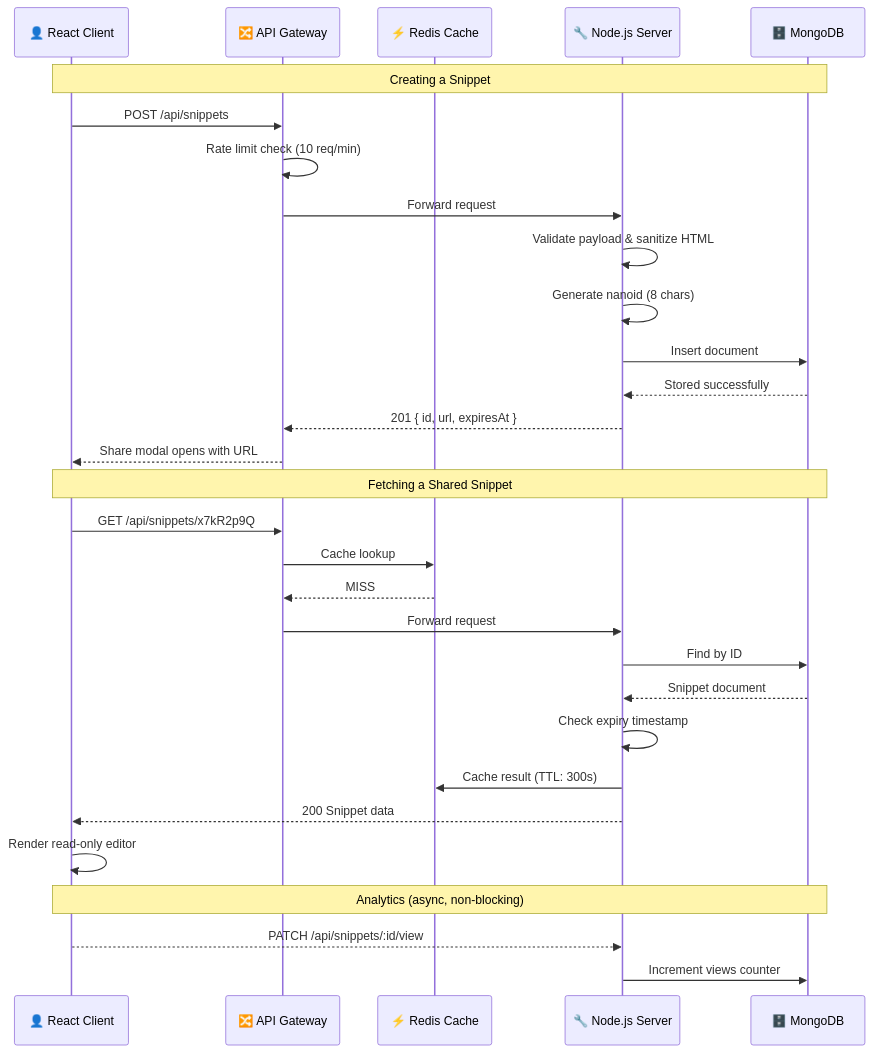
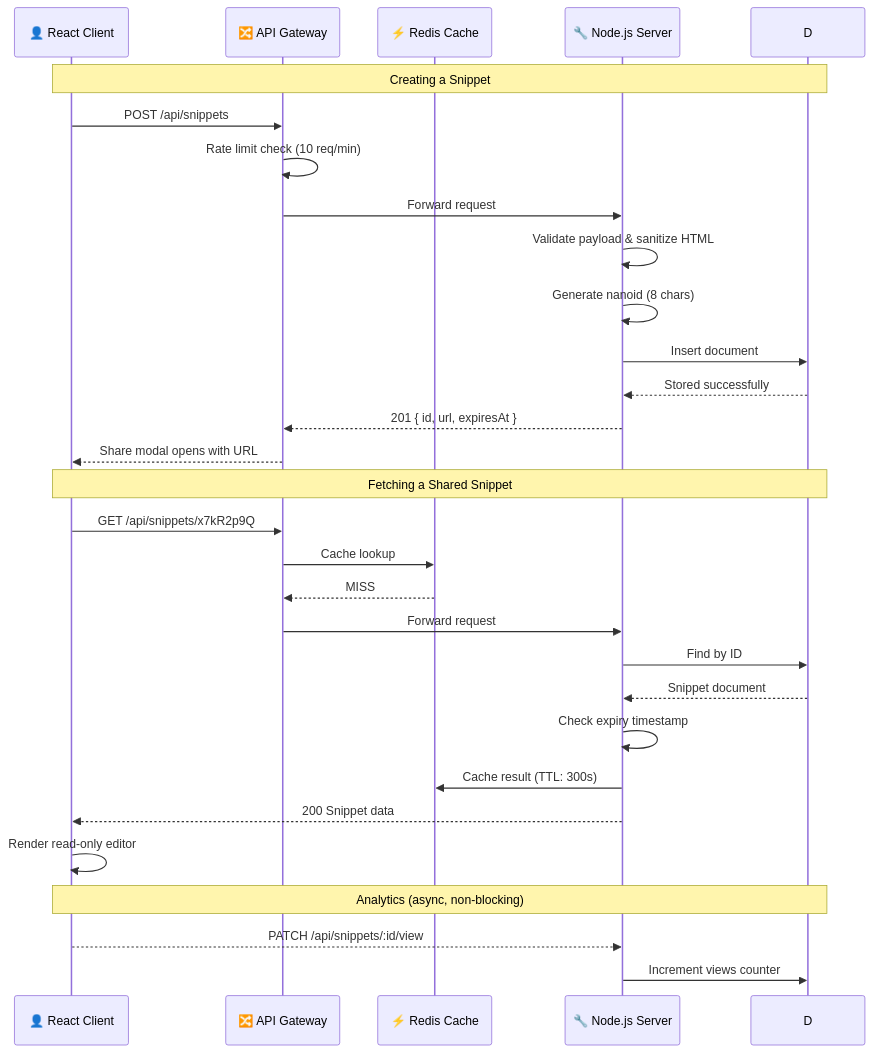
Before and after one commit to Akshatsrii/Code-Sharing-: the fourth of 9 diagrams in README.md, drawn with Mermaid.

Commit message:
For Adding the design section commit
Removed MongoDB participant from the diagram.

````diff
--- a/README.md
+++ b/README.md
@@ -466,38 +466,38 @@
 ```mermaid
 sequenceDiagram
     participant U as 👤 React Client
     participant G as 🔀 API Gateway
     participant C as ⚡ Redis Cache
     participant S as 🔧 Node.js Server
-    participant D as 🗄️ MongoDB
+  
 
     Note over U,D: Creating a Snippet
 
     U->>G: POST /api/snippets
     G->>G: Rate limit check (10 req/min)
     G->>S: Forward request
     S->>S: Validate payload & sanitize HTML
     S->>S: Generate nanoid (8 chars)
     S->>D: Insert document
     D-->>S: Stored successfully
     S-->>G: 201 { id, url, expiresAt }
     G-->>U: Share modal opens with URL
 
     Note over U,D: Fetching a Shared Snippet
 
     U->>G: GET /api/snippets/x7kR2p9Q
     G->>C: Cache lookup
     C-->>G: MISS
     G->>S: Forward request
     S->>D: Find by ID
     D-->>S: Snippet document
     S->>S: Check expiry timestamp
     S->>C: Cache result (TTL: 300s)
     S-->>U: 200 Snippet data
     U->>U: Render read-only editor
 
     Note over U,D: Analytics (async, non-blocking)
 
     U-->>S: PATCH /api/snippets/:id/view
     S->>D: Increment views counter
 ```
````
